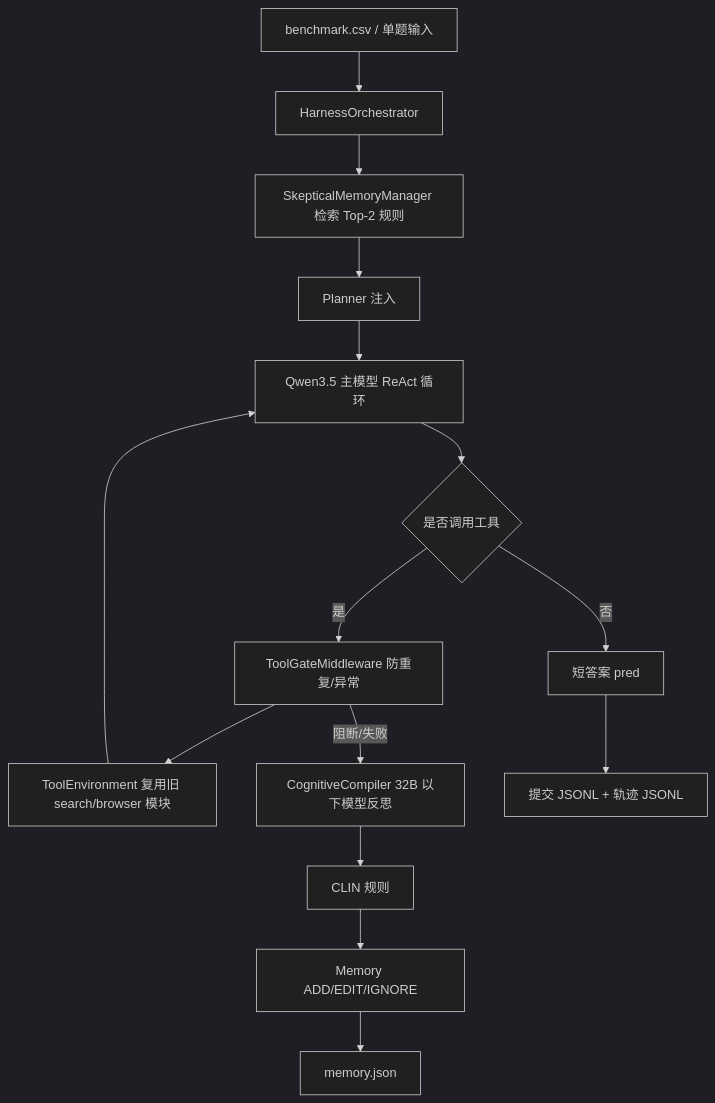
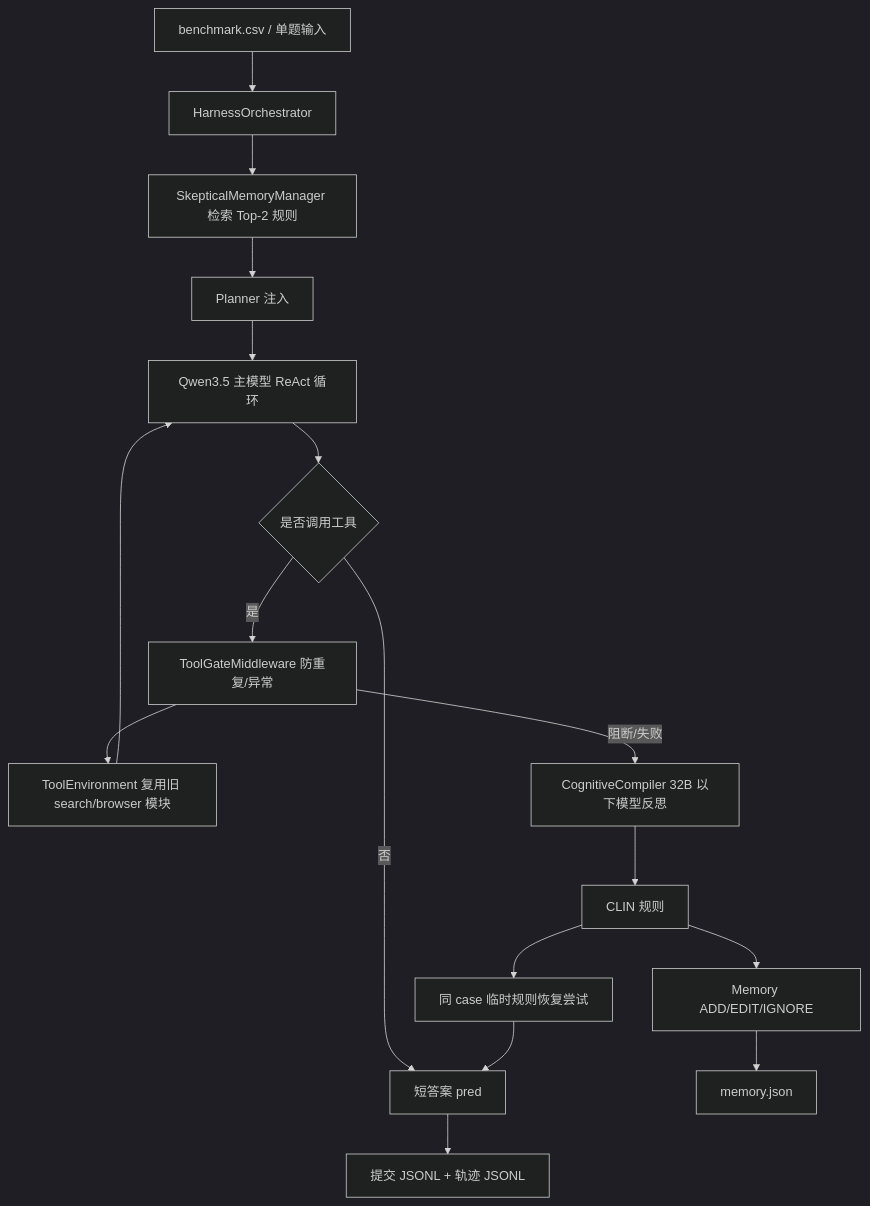
Before and after one commit to StevenHuang233/deep-run-20260519-194439: the diagram in DESIGN.md, drawn with Mermaid (dark theme). The commit also changed other lines of this file and 5 other files, not shown here.

````diff
--- a/DESIGN.md
+++ b/DESIGN.md
@@ -9,17 +9,19 @@
 ```mermaid
 flowchart TD
     A["benchmark.csv / 单题输入"] --> B["HarnessOrchestrator"]
     B --> C["SkepticalMemoryManager 检索 Top-2 规则"]
     C --> D["Planner 注入 <historical_guidelines>"]
     D --> E["Qwen3.5 主模型 ReAct 循环"]
     E --> F{"是否调用工具"}
     F -->|是| G["ToolGateMiddleware 防重复/异常"]
     G --> H["ToolEnvironment 复用旧 search/browser 模块"]
     H --> E
     F -->|否| I["短答案 pred"]
     G -->|阻断/失败| J["CognitiveCompiler 32B 以下模型反思"]
     J --> K["CLIN 规则"]
+    K --> R["同 case 临时规则恢复尝试"]
+    R --> I
     K --> L["Memory ADD/EDIT/IGNORE"]
     L --> M["memory.json"]
     I --> N["提交 JSONL + 轨迹 JSONL"]
 ```
````
